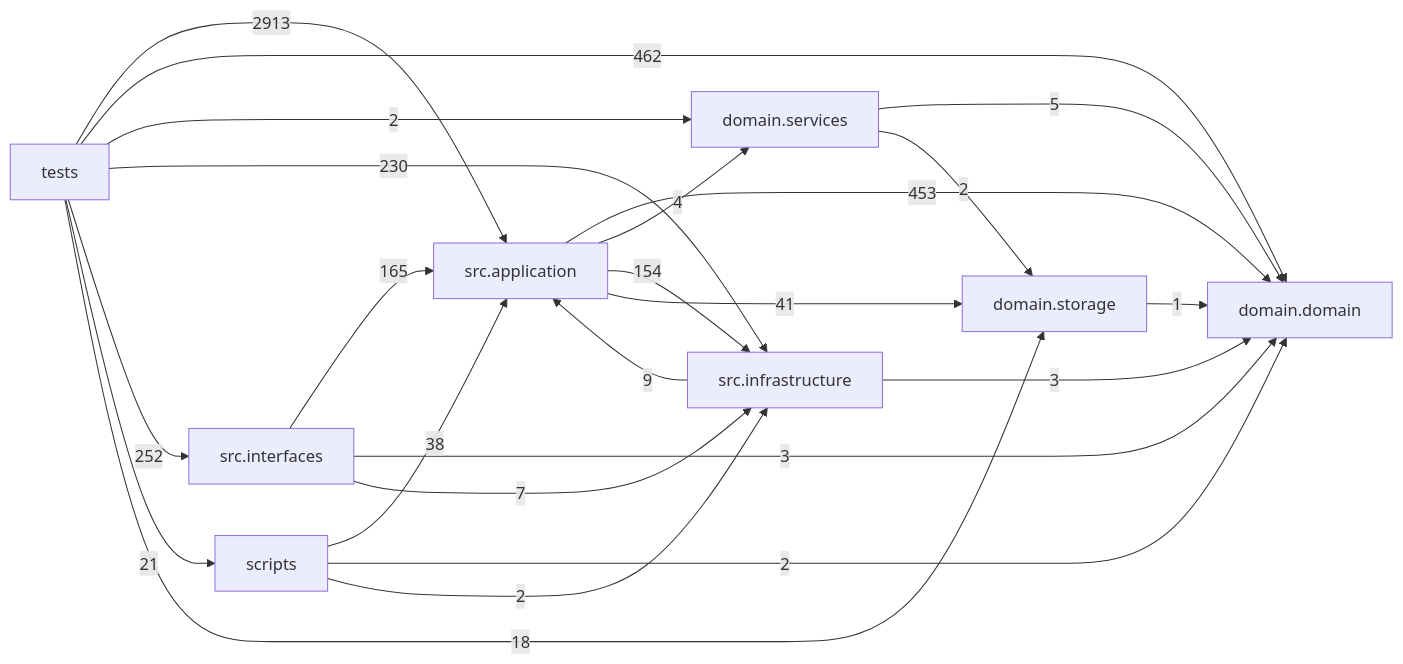
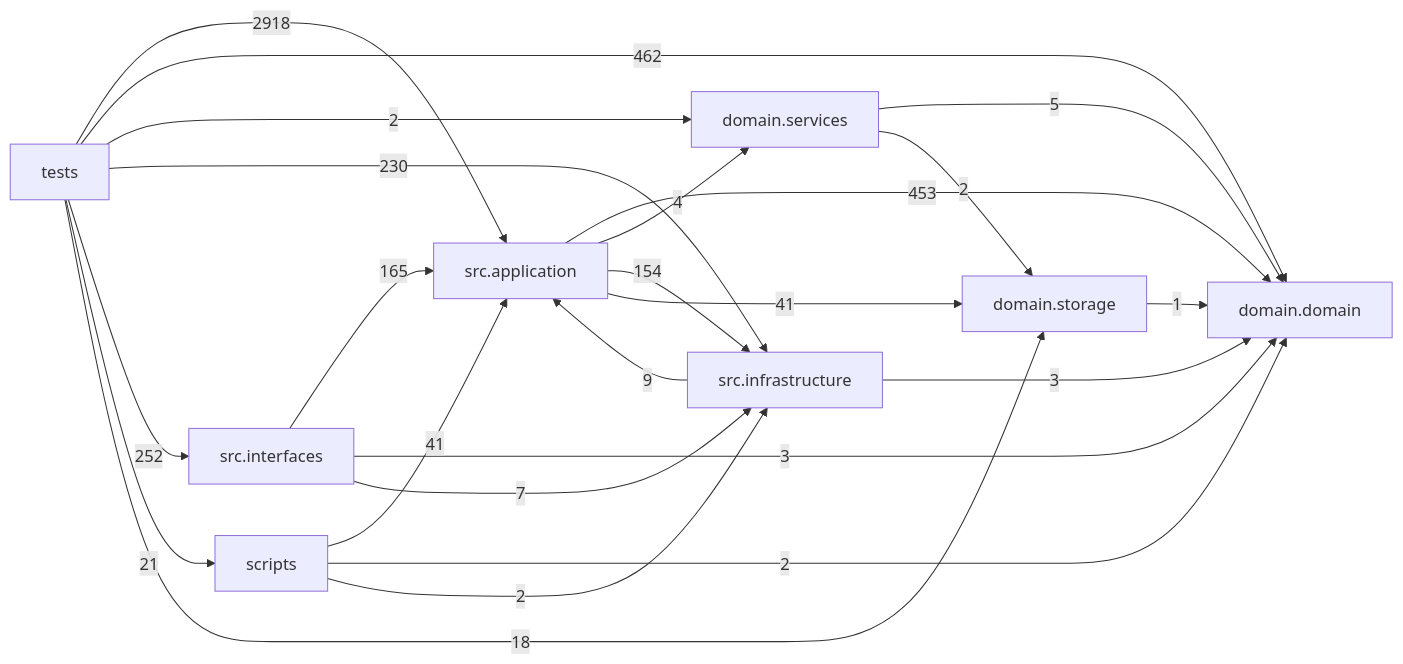
One commit to liuxie066/options-monitor changed the diagram in docs/DEPENDENCY_GRAPH.md. Above: the diagram before and after it, drawn with Mermaid. The commit also changed other lines of this file and 1 other file, not shown here.

Commit message:
docs(architecture): refresh dependency graph

````diff
--- a/docs/DEPENDENCY_GRAPH.md
+++ b/docs/DEPENDENCY_GRAPH.md
@@ -24,33 +24,33 @@
 ```mermaid
 flowchart LR
   tests["tests"]
   scripts["scripts"]
   interfaces["src.interfaces"]
   application["src.application"]
   infrastructure["src.infrastructure"]
   domain_services["domain.services"]
   domain["domain.domain"]
   storage["domain.storage"]
   application -->|453| domain
   application -->|4| domain_services
   application -->|154| infrastructure
   application -->|41| storage
   domain_services -->|5| domain
   domain_services -->|2| storage
   infrastructure -->|9| application
   infrastructure -->|3| domain
   interfaces -->|165| application
   interfaces -->|3| domain
   interfaces -->|7| infrastructure
-  scripts -->|38| application
+  scripts -->|41| application
   scripts -->|2| domain
   scripts -->|2| infrastructure
   storage -->|1| domain
-  tests -->|2913| application
+  tests -->|2918| application
   tests -->|462| domain
   tests -->|2| domain_services
   tests -->|230| infrastructure
   tests -->|252| interfaces
   tests -->|21| scripts
   tests -->|18| storage
 ```
````
